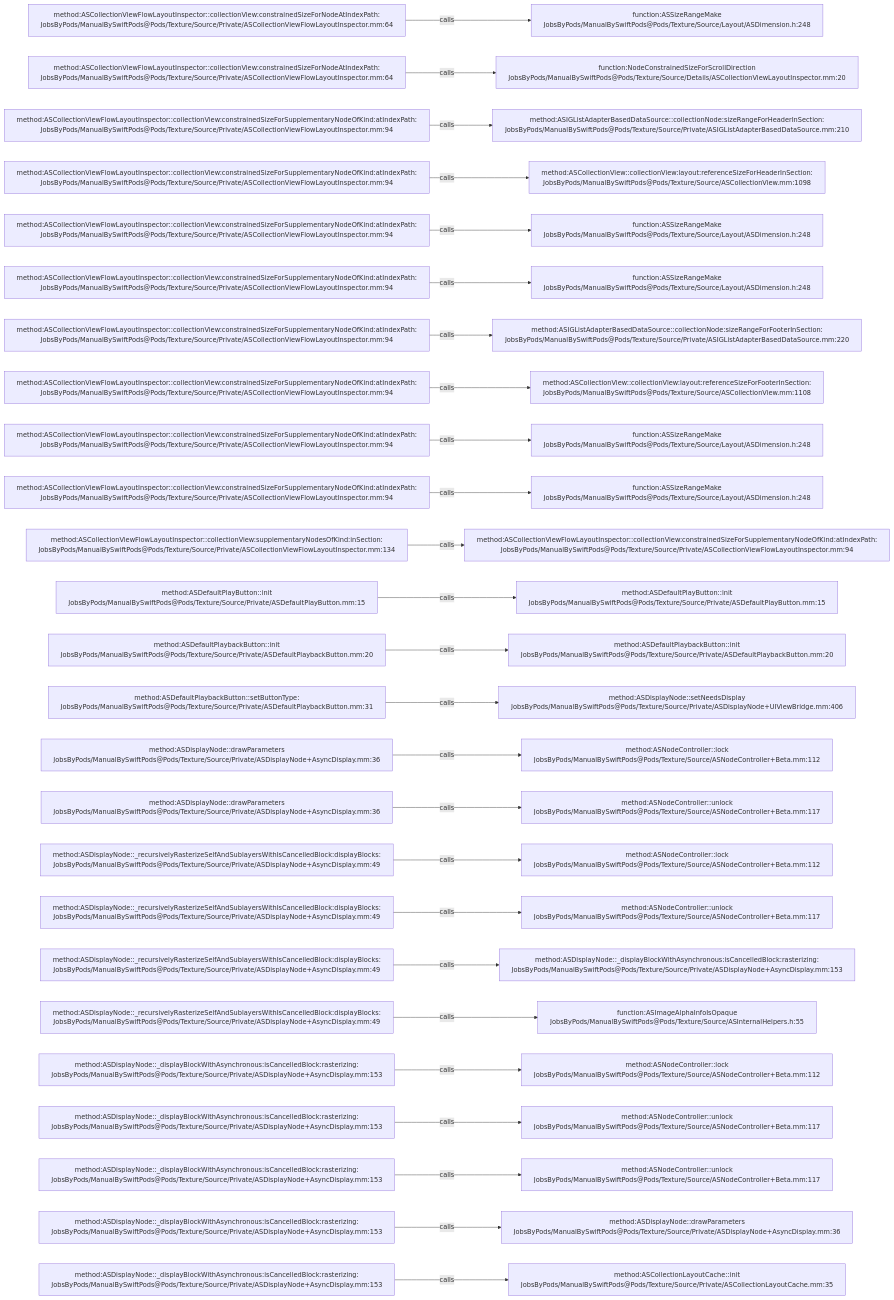
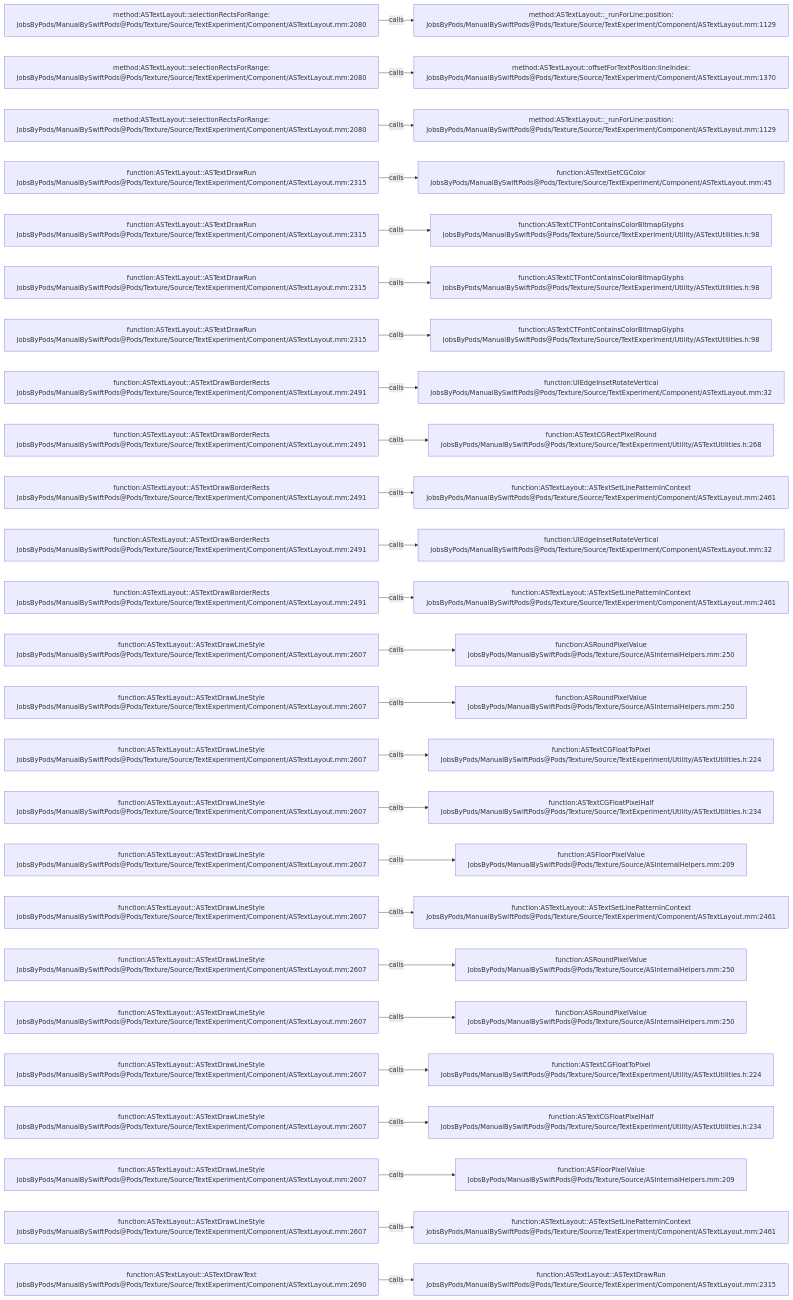
The diagram in .codegraph/codegraph.md/graphs/calls-135.md (JobsKits/JobsSwiftBaseConfigDemo), drawn with Mermaid before and after one commit. The commit also changed 832 other files, not shown here.

````diff
--- a/.codegraph/codegraph.md/graphs/calls-135.md
+++ b/.codegraph/codegraph.md/graphs/calls-135.md
@@ -13,78 +13,78 @@
 ```mermaid
 flowchart LR
-  S1["method:ASCollectionViewFlowLayoutInspector::collectionView:constrainedSizeForNodeAtIndexPath:<br/>JobsByPods/ManualBySwiftPods@Pods/Texture/Source/Private/ASCollectionViewFlowLayoutInspector.mm:64"]
-  T1["function:ASSizeRangeMake<br/>JobsByPods/ManualBySwiftPods@Pods/Texture/Source/Layout/ASDimension.h:248"]
+  S1["method:ASTextLayout::selectionRectsForRange:<br/>JobsByPods/ManualBySwiftPods@Pods/Texture/Source/TextExperiment/Component/ASTextLayout.mm:2080"]
+  T1["method:ASTextLayout::_runForLine:position:<br/>JobsByPods/ManualBySwiftPods@Pods/Texture/Source/TextExperiment/Component/ASTextLayout.mm:1129"]
   S1 -->|calls| T1
-  S2["method:ASCollectionViewFlowLayoutInspector::collectionView:constrainedSizeForNodeAtIndexPath:<br/>JobsByPods/ManualBySwiftPods@Pods/Texture/Source/Private/ASCollectionViewFlowLayoutInspector.mm:64"]
-  T2["function:NodeConstrainedSizeForScrollDirection<br/>JobsByPods/ManualBySwiftPods@Pods/Texture/Source/Details/ASCollectionViewLayoutInspector.mm:20"]
+  S2["method:ASTextLayout::selectionRectsForRange:<br/>JobsByPods/ManualBySwiftPods@Pods/Texture/Source/TextExperiment/Component/ASTextLayout.mm:2080"]
+  T2["method:ASTextLayout::offsetForTextPosition:lineIndex:<br/>JobsByPods/ManualBySwiftPods@Pods/Texture/Source/TextExperiment/Component/ASTextLayout.mm:1370"]
   S2 -->|calls| T2
-  S3["method:ASCollectionViewFlowLayoutInspector::collectionView:constrainedSizeForSupplementaryNodeOfKind:atIndexPath:<br/>JobsByPods/ManualBySwiftPods@Pods/Texture/Source/Private/ASCollectionViewFlowLayoutInspector.mm:94"]
-  T3["method:ASIGListAdapterBasedDataSource::collectionNode:sizeRangeForHeaderInSection:<br/>JobsByPods/ManualBySwiftPods@Pods/Texture/Source/Private/ASIGListAdapterBasedDataSource.mm:210"]
+  S3["method:ASTextLayout::selectionRectsForRange:<br/>JobsByPods/ManualBySwiftPods@Pods/Texture/Source/TextExperiment/Component/ASTextLayout.mm:2080"]
+  T3["method:ASTextLayout::_runForLine:position:<br/>JobsByPods/ManualBySwiftPods@Pods/Texture/Source/TextExperiment/Component/ASTextLayout.mm:1129"]
   S3 -->|calls| T3
-  S4["method:ASCollectionViewFlowLayoutInspector::collectionView:constrainedSizeForSupplementaryNodeOfKind:atIndexPath:<br/>JobsByPods/ManualBySwiftPods@Pods/Texture/Source/Private/ASCollectionViewFlowLayoutInspector.mm:94"]
-  T4["method:ASCollectionView::collectionView:layout:referenceSizeForHeaderInSection:<br/>JobsByPods/ManualBySwiftPods@Pods/Texture/Source/ASCollectionView.mm:1098"]
+  S4["function:ASTextLayout::ASTextDrawRun<br/>JobsByPods/ManualBySwiftPods@Pods/Texture/Source/TextExperiment/Component/ASTextLayout.mm:2315"]
+  T4["function:ASTextGetCGColor<br/>JobsByPods/ManualBySwiftPods@Pods/Texture/Source/TextExperiment/Component/ASTextLayout.mm:45"]
   S4 -->|calls| T4
-  S5["method:ASCollectionViewFlowLayoutInspector::collectionView:constrainedSizeForSupplementaryNodeOfKind:atIndexPath:<br/>JobsByPods/ManualBySwiftPods@Pods/Texture/Source/Private/ASCollectionViewFlowLayoutInspector.mm:94"]
-  T5["function:ASSizeRangeMake<br/>JobsByPods/ManualBySwiftPods@Pods/Texture/Source/Layout/ASDimension.h:248"]
+  S5["function:ASTextLayout::ASTextDrawRun<br/>JobsByPods/ManualBySwiftPods@Pods/Texture/Source/TextExperiment/Component/ASTextLayout.mm:2315"]
+  T5["function:ASTextCTFontContainsColorBitmapGlyphs<br/>JobsByPods/ManualBySwiftPods@Pods/Texture/Source/TextExperiment/Utility/ASTextUtilities.h:98"]
   S5 -->|calls| T5
-  S6["method:ASCollectionViewFlowLayoutInspector::collectionView:constrainedSizeForSupplementaryNodeOfKind:atIndexPath:<br/>JobsByPods/ManualBySwiftPods@Pods/Texture/Source/Private/ASCollectionViewFlowLayoutInspector.mm:94"]
-  T6["function:ASSizeRangeMake<br/>JobsByPods/ManualBySwiftPods@Pods/Texture/Source/Layout/ASDimension.h:248"]
+  S6["function:ASTextLayout::ASTextDrawRun<br/>JobsByPods/ManualBySwiftPods@Pods/Texture/Source/TextExperiment/Component/ASTextLayout.mm:2315"]
+  T6["function:ASTextCTFontContainsColorBitmapGlyphs<br/>JobsByPods/ManualBySwiftPods@Pods/Texture/Source/TextExperiment/Utility/ASTextUtilities.h:98"]
   S6 -->|calls| T6
-  S7["method:ASCollectionViewFlowLayoutInspector::collectionView:constrainedSizeForSupplementaryNodeOfKind:atIndexPath:<br/>JobsByPods/ManualBySwiftPods@Pods/Texture/Source/Private/ASCollectionViewFlowLayoutInspector.mm:94"]
-  T7["method:ASIGListAdapterBasedDataSource::collectionNode:sizeRangeForFooterInSection:<br/>JobsByPods/ManualBySwiftPods@Pods/Texture/Source/Private/ASIGListAdapterBasedDataSource.mm:220"]
+  S7["function:ASTextLayout::ASTextDrawRun<br/>JobsByPods/ManualBySwiftPods@Pods/Texture/Source/TextExperiment/Component/ASTextLayout.mm:2315"]
+  T7["function:ASTextCTFontContainsColorBitmapGlyphs<br/>JobsByPods/ManualBySwiftPods@Pods/Texture/Source/TextExperiment/Utility/ASTextUtilities.h:98"]
   S7 -->|calls| T7
-  S8["method:ASCollectionViewFlowLayoutInspector::collectionView:constrainedSizeForSupplementaryNodeOfKind:atIndexPath:<br/>JobsByPods/ManualBySwiftPods@Pods/Texture/Source/Private/ASCollectionViewFlowLayoutInspector.mm:94"]
-  T8["method:ASCollectionView::collectionView:layout:referenceSizeForFooterInSection:<br/>JobsByPods/ManualBySwiftPods@Pods/Texture/Source/ASCollectionView.mm:1108"]
+  S8["function:ASTextLayout::ASTextDrawBorderRects<br/>JobsByPods/ManualBySwiftPods@Pods/Texture/Source/TextExperiment/Component/ASTextLayout.mm:2491"]
+  T8["function:UIEdgeInsetRotateVertical<br/>JobsByPods/ManualBySwiftPods@Pods/Texture/Source/TextExperiment/Component/ASTextLayout.mm:32"]
   S8 -->|calls| T8
-  S9["method:ASCollectionViewFlowLayoutInspector::collectionView:constrainedSizeForSupplementaryNodeOfKind:atIndexPath:<br/>JobsByPods/ManualBySwiftPods@Pods/Texture/Source/Private/ASCollectionViewFlowLayoutInspector.mm:94"]
-  T9["function:ASSizeRangeMake<br/>JobsByPods/ManualBySwiftPods@Pods/Texture/Source/Layout/ASDimension.h:248"]
+  S9["function:ASTextLayout::ASTextDrawBorderRects<br/>JobsByPods/ManualBySwiftPods@Pods/Texture/Source/TextExperiment/Component/ASTextLayout.mm:2491"]
+  T9["function:ASTextCGRectPixelRound<br/>JobsByPods/ManualBySwiftPods@Pods/Texture/Source/TextExperiment/Utility/ASTextUtilities.h:268"]
   S9 -->|calls| T9
-  S10["method:ASCollectionViewFlowLayoutInspector::collectionView:constrainedSizeForSupplementaryNodeOfKind:atIndexPath:<br/>JobsByPods/ManualBySwiftPods@Pods/Texture/Source/Private/ASCollectionViewFlowLayoutInspector.mm:94"]
-  T10["function:ASSizeRangeMake<br/>JobsByPods/ManualBySwiftPods@Pods/Texture/Source/Layout/ASDimension.h:248"]
+  S10["function:ASTextLayout::ASTextDrawBorderRects<br/>JobsByPods/ManualBySwiftPods@Pods/Texture/Source/TextExperiment/Component/ASTextLayout.mm:2491"]
+  T10["function:ASTextLayout::ASTextSetLinePatternInContext<br/>JobsByPods/ManualBySwiftPods@Pods/Texture/Source/TextExperiment/Component/ASTextLayout.mm:2461"]
   S10 -->|calls| T10
-  S11["method:ASCollectionViewFlowLayoutInspector::collectionView:supplementaryNodesOfKind:inSection:<br/>JobsByPods/ManualBySwiftPods@Pods/Texture/Source/Private/ASCollectionViewFlowLayoutInspector.mm:134"]
-  T11["method:ASCollectionViewFlowLayoutInspector::collectionView:constrainedSizeForSupplementaryNodeOfKind:atIndexPath:<br/>JobsByPods/ManualBySwiftPods@Pods/Texture/Source/Private/ASCollectionViewFlowLayoutInspector.mm:94"]
+  S11["function:ASTextLayout::ASTextDrawBorderRects<br/>JobsByPods/ManualBySwiftPods@Pods/Texture/Source/TextExperiment/Component/ASTextLayout.mm:2491"]
+  T11["function:UIEdgeInsetRotateVertical<br/>JobsByPods/ManualBySwiftPods@Pods/Texture/Source/TextExperiment/Component/ASTextLayout.mm:32"]
   S11 -->|calls| T11
-  S12["method:ASDefaultPlayButton::init<br/>JobsByPods/ManualBySwiftPods@Pods/Texture/Source/Private/ASDefaultPlayButton.mm:15"]
-  T12["method:ASDefaultPlayButton::init<br/>JobsByPods/ManualBySwiftPods@Pods/Texture/Source/Private/ASDefaultPlayButton.mm:15"]
+  S12["function:ASTextLayout::ASTextDrawBorderRects<br/>JobsByPods/ManualBySwiftPods@Pods/Texture/Source/TextExperiment/Component/ASTextLayout.mm:2491"]
+  T12["function:ASTextLayout::ASTextSetLinePatternInContext<br/>JobsByPods/ManualBySwiftPods@Pods/Texture/Source/TextExperiment/Component/ASTextLayout.mm:2461"]
   S12 -->|calls| T12
-  S13["method:ASDefaultPlaybackButton::init<br/>JobsByPods/ManualBySwiftPods@Pods/Texture/Source/Private/ASDefaultPlaybackButton.mm:20"]
-  T13["method:ASDefaultPlaybackButton::init<br/>JobsByPods/ManualBySwiftPods@Pods/Texture/Source/Private/ASDefaultPlaybackButton.mm:20"]
+  S13["function:ASTextLayout::ASTextDrawLineStyle<br/>JobsByPods/ManualBySwiftPods@Pods/Texture/Source/TextExperiment/Component/ASTextLayout.mm:2607"]
+  T13["function:ASRoundPixelValue<br/>JobsByPods/ManualBySwiftPods@Pods/Texture/Source/ASInternalHelpers.mm:250"]
   S13 -->|calls| T13
-  S14["method:ASDefaultPlaybackButton::setButtonType:<br/>JobsByPods/ManualBySwiftPods@Pods/Texture/Source/Private/ASDefaultPlaybackButton.mm:31"]
-  T14["method:ASDisplayNode::setNeedsDisplay<br/>JobsByPods/ManualBySwiftPods@Pods/Texture/Source/Private/ASDisplayNode+UIViewBridge.mm:406"]
+  S14["function:ASTextLayout::ASTextDrawLineStyle<br/>JobsByPods/ManualBySwiftPods@Pods/Texture/Source/TextExperiment/Component/ASTextLayout.mm:2607"]
+  T14["function:ASRoundPixelValue<br/>JobsByPods/ManualBySwiftPods@Pods/Texture/Source/ASInternalHelpers.mm:250"]
   S14 -->|calls| T14
-  S15["method:ASDisplayNode::drawParameters<br/>JobsByPods/ManualBySwiftPods@Pods/Texture/Source/Private/ASDisplayNode+AsyncDisplay.mm:36"]
-  T15["method:ASNodeController::lock<br/>JobsByPods/ManualBySwiftPods@Pods/Texture/Source/ASNodeController+Beta.mm:112"]
+  S15["function:ASTextLayout::ASTextDrawLineStyle<br/>JobsByPods/ManualBySwiftPods@Pods/Texture/Source/TextExperiment/Component/ASTextLayout.mm:2607"]
+  T15["function:ASTextCGFloatToPixel<br/>JobsByPods/ManualBySwiftPods@Pods/Texture/Source/TextExperiment/Utility/ASTextUtilities.h:224"]
   S15 -->|calls| T15
-  S16["method:ASDisplayNode::drawParameters<br/>JobsByPods/ManualBySwiftPods@Pods/Texture/Source/Private/ASDisplayNode+AsyncDisplay.mm:36"]
-  T16["method:ASNodeController::unlock<br/>JobsByPods/ManualBySwiftPods@Pods/Texture/Source/ASNodeController+Beta.mm:117"]
+  S16["function:ASTextLayout::ASTextDrawLineStyle<br/>JobsByPods/ManualBySwiftPods@Pods/Texture/Source/TextExperiment/Component/ASTextLayout.mm:2607"]
+  T16["function:ASTextCGFloatPixelHalf<br/>JobsByPods/ManualBySwiftPods@Pods/Texture/Source/TextExperiment/Utility/ASTextUtilities.h:234"]
   S16 -->|calls| T16
-  S17["method:ASDisplayNode::_recursivelyRasterizeSelfAndSublayersWithIsCancelledBlock:displayBlocks:<br/>JobsByPods/ManualBySwiftPods@Pods/Texture/Source/Private/ASDisplayNode+AsyncDisplay.mm:49"]
-  T17["method:ASNodeController::lock<br/>JobsByPods/ManualBySwiftPods@Pods/Texture/Source/ASNodeController+Beta.mm:112"]
+  S17["function:ASTextLayout::ASTextDrawLineStyle<br/>JobsByPods/ManualBySwiftPods@Pods/Texture/Source/TextExperiment/Component/ASTextLayout.mm:2607"]
+  T17["function:ASFloorPixelValue<br/>JobsByPods/ManualBySwiftPods@Pods/Texture/Source/ASInternalHelpers.mm:209"]
   S17 -->|calls| T17
-  S18["method:ASDisplayNode::_recursivelyRasterizeSelfAndSublayersWithIsCancelledBlock:displayBlocks:<br/>JobsByPods/ManualBySwiftPods@Pods/Texture/Source/Private/ASDisplayNode+AsyncDisplay.mm:49"]
-  T18["method:ASNodeController::unlock<br/>JobsByPods/ManualBySwiftPods@Pods/Texture/Source/ASNodeController+Beta.mm:117"]
+  S18["function:ASTextLayout::ASTextDrawLineStyle<br/>JobsByPods/ManualBySwiftPods@Pods/Texture/Source/TextExperiment/Component/ASTextLayout.mm:2607"]
+  T18["function:ASTextLayout::ASTextSetLinePatternInContext<br/>JobsByPods/ManualBySwiftPods@Pods/Texture/Source/TextExperiment/Component/ASTextLayout.mm:2461"]
   S18 -->|calls| T18
-  S19["method:ASDisplayNode::_recursivelyRasterizeSelfAndSublayersWithIsCancelledBlock:displayBlocks:<br/>JobsByPods/ManualBySwiftPods@Pods/Texture/Source/Private/ASDisplayNode+AsyncDisplay.mm:49"]
-  T19["method:ASDisplayNode::_displayBlockWithAsynchronous:isCancelledBlock:rasterizing:<br/>JobsByPods/ManualBySwiftPods@Pods/Texture/Source/Private/ASDisplayNode+AsyncDisplay.mm:153"]
+  S19["function:ASTextLayout::ASTextDrawLineStyle<br/>JobsByPods/ManualBySwiftPods@Pods/Texture/Source/TextExperiment/Component/ASTextLayout.mm:2607"]
+  T19["function:ASRoundPixelValue<br/>JobsByPods/ManualBySwiftPods@Pods/Texture/Source/ASInternalHelpers.mm:250"]
   S19 -->|calls| T19
-  S20["method:ASDisplayNode::_recursivelyRasterizeSelfAndSublayersWithIsCancelledBlock:displayBlocks:<br/>JobsByPods/ManualBySwiftPods@Pods/Texture/Source/Private/ASDisplayNode+AsyncDisplay.mm:49"]
-  T20["function:ASImageAlphaInfoIsOpaque<br/>JobsByPods/ManualBySwiftPods@Pods/Texture/Source/ASInternalHelpers.h:55"]
+  S20["function:ASTextLayout::ASTextDrawLineStyle<br/>JobsByPods/ManualBySwiftPods@Pods/Texture/Source/TextExperiment/Component/ASTextLayout.mm:2607"]
+  T20["function:ASRoundPixelValue<br/>JobsByPods/ManualBySwiftPods@Pods/Texture/Source/ASInternalHelpers.mm:250"]
   S20 -->|calls| T20
-  S21["method:ASDisplayNode::_displayBlockWithAsynchronous:isCancelledBlock:rasterizing:<br/>JobsByPods/ManualBySwiftPods@Pods/Texture/Source/Private/ASDisplayNode+AsyncDisplay.mm:153"]
-  T21["method:ASNodeController::lock<br/>JobsByPods/ManualBySwiftPods@Pods/Texture/Source/ASNodeController+Beta.mm:112"]
+  S21["function:ASTextLayout::ASTextDrawLineStyle<br/>JobsByPods/ManualBySwiftPods@Pods/Texture/Source/TextExperiment/Component/ASTextLayout.mm:2607"]
+  T21["function:ASTextCGFloatToPixel<br/>JobsByPods/ManualBySwiftPods@Pods/Texture/Source/TextExperiment/Utility/ASTextUtilities.h:224"]
   S21 -->|calls| T21
-  S22["method:ASDisplayNode::_displayBlockWithAsynchronous:isCancelledBlock:rasterizing:<br/>JobsByPods/ManualBySwiftPods@Pods/Texture/Source/Private/ASDisplayNode+AsyncDisplay.mm:153"]
-  T22["method:ASNodeController::unlock<br/>JobsByPods/ManualBySwiftPods@Pods/Texture/Source/ASNodeController+Beta.mm:117"]
+  S22["function:ASTextLayout::ASTextDrawLineStyle<br/>JobsByPods/ManualBySwiftPods@Pods/Texture/Source/TextExperiment/Component/ASTextLayout.mm:2607"]
+  T22["function:ASTextCGFloatPixelHalf<br/>JobsByPods/ManualBySwiftPods@Pods/Texture/Source/TextExperiment/Utility/ASTextUtilities.h:234"]
   S22 -->|calls| T22
-  S23["method:ASDisplayNode::_displayBlockWithAsynchronous:isCancelledBlock:rasterizing:<br/>JobsByPods/ManualBySwiftPods@Pods/Texture/Source/Private/ASDisplayNode+AsyncDisplay.mm:153"]
-  T23["method:ASNodeController::unlock<br/>JobsByPods/ManualBySwiftPods@Pods/Texture/Source/ASNodeController+Beta.mm:117"]
+  S23["function:ASTextLayout::ASTextDrawLineStyle<br/>JobsByPods/ManualBySwiftPods@Pods/Texture/Source/TextExperiment/Component/ASTextLayout.mm:2607"]
+  T23["function:ASFloorPixelValue<br/>JobsByPods/ManualBySwiftPods@Pods/Texture/Source/ASInternalHelpers.mm:209"]
   S23 -->|calls| T23
-  S24["method:ASDisplayNode::_displayBlockWithAsynchronous:isCancelledBlock:rasterizing:<br/>JobsByPods/ManualBySwiftPods@Pods/Texture/Source/Private/ASDisplayNode+AsyncDisplay.mm:153"]
-  T24["method:ASDisplayNode::drawParameters<br/>JobsByPods/ManualBySwiftPods@Pods/Texture/Source/Private/ASDisplayNode+AsyncDisplay.mm:36"]
+  S24["function:ASTextLayout::ASTextDrawLineStyle<br/>JobsByPods/ManualBySwiftPods@Pods/Texture/Source/TextExperiment/Component/ASTextLayout.mm:2607"]
+  T24["function:ASTextLayout::ASTextSetLinePatternInContext<br/>JobsByPods/ManualBySwiftPods@Pods/Texture/Source/TextExperiment/Component/ASTextLayout.mm:2461"]
   S24 -->|calls| T24
-  S25["method:ASDisplayNode::_displayBlockWithAsynchronous:isCancelledBlock:rasterizing:<br/>JobsByPods/ManualBySwiftPods@Pods/Texture/Source/Private/ASDisplayNode+AsyncDisplay.mm:153"]
-  T25["method:ASCollectionLayoutCache::init<br/>JobsByPods/ManualBySwiftPods@Pods/Texture/Source/Private/ASCollectionLayoutCache.mm:35"]
+  S25["function:ASTextLayout::ASTextDrawText<br/>JobsByPods/ManualBySwiftPods@Pods/Texture/Source/TextExperiment/Component/ASTextLayout.mm:2690"]
+  T25["function:ASTextLayout::ASTextDrawRun<br/>JobsByPods/ManualBySwiftPods@Pods/Texture/Source/TextExperiment/Component/ASTextLayout.mm:2315"]
   S25 -->|calls| T25
 ```
````
